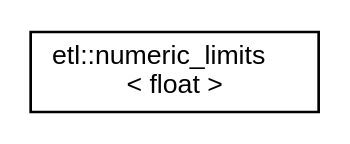
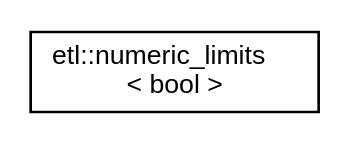
The diagram in inherit_graph_61.dot (tobanteAudio/taetl), drawn with Graphviz before and after one commit. The commit also changed 162 other files, not shown here.

```diff
--- a/inherit_graph_61.dot
+++ b/inherit_graph_61.dot
@@ -1,7 +1,7 @@
 digraph "Graphical Class Hierarchy"
 {
   edge [fontname="Helvetica",fontsize="10",labelfontname="Helvetica",labelfontsize="10"];
   node [fontname="Helvetica",fontsize="10",shape=record];
   rankdir="LR";
-  Node0 [label="etl::numeric_limits\l\< float \>",height=0.2,width=0.4,color="black", fillcolor="white", style="filled",URL="$classetl_1_1numeric__limits_3_01float_01_4.html"];
+  Node0 [label="etl::numeric_limits\l\< bool \>",height=0.2,width=0.4,color="black", fillcolor="white", style="filled",URL="$classetl_1_1numeric__limits_3_01bool_01_4.html"];
 }
```
